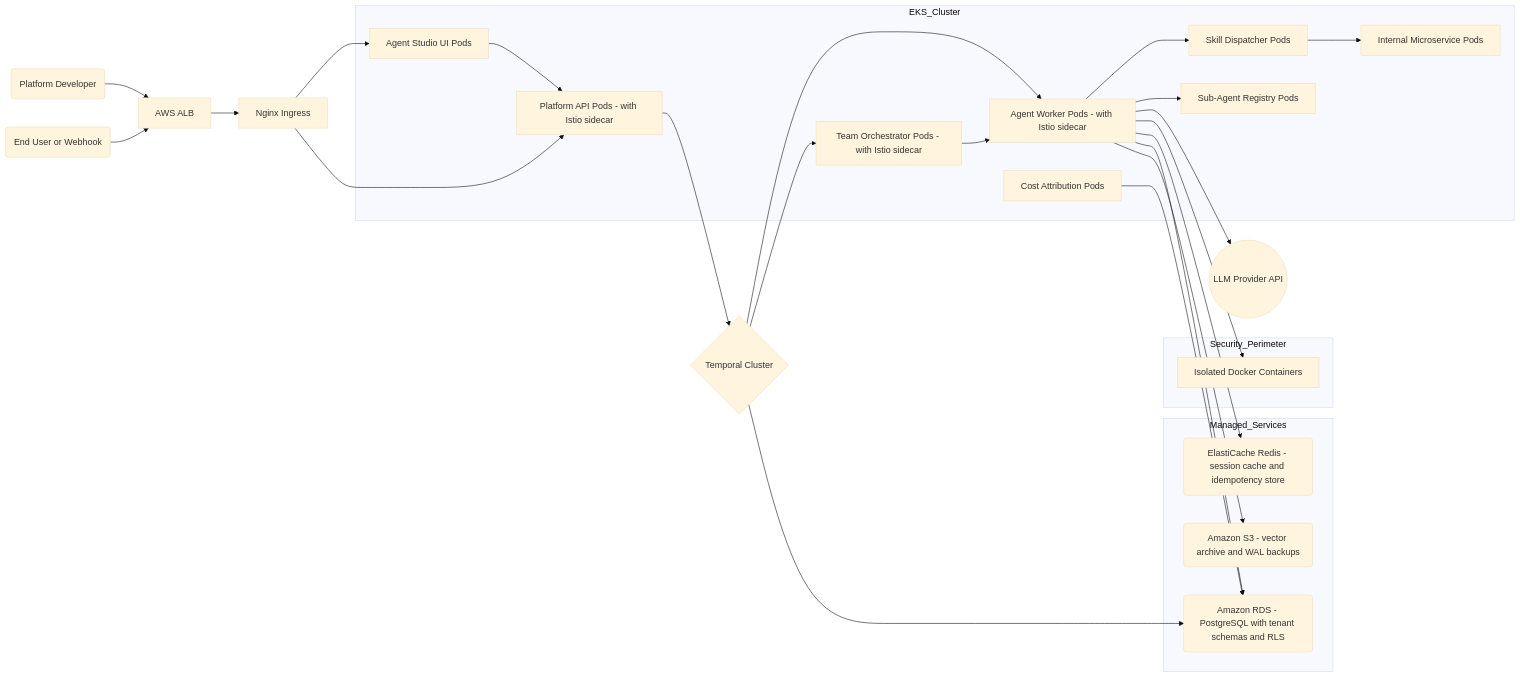
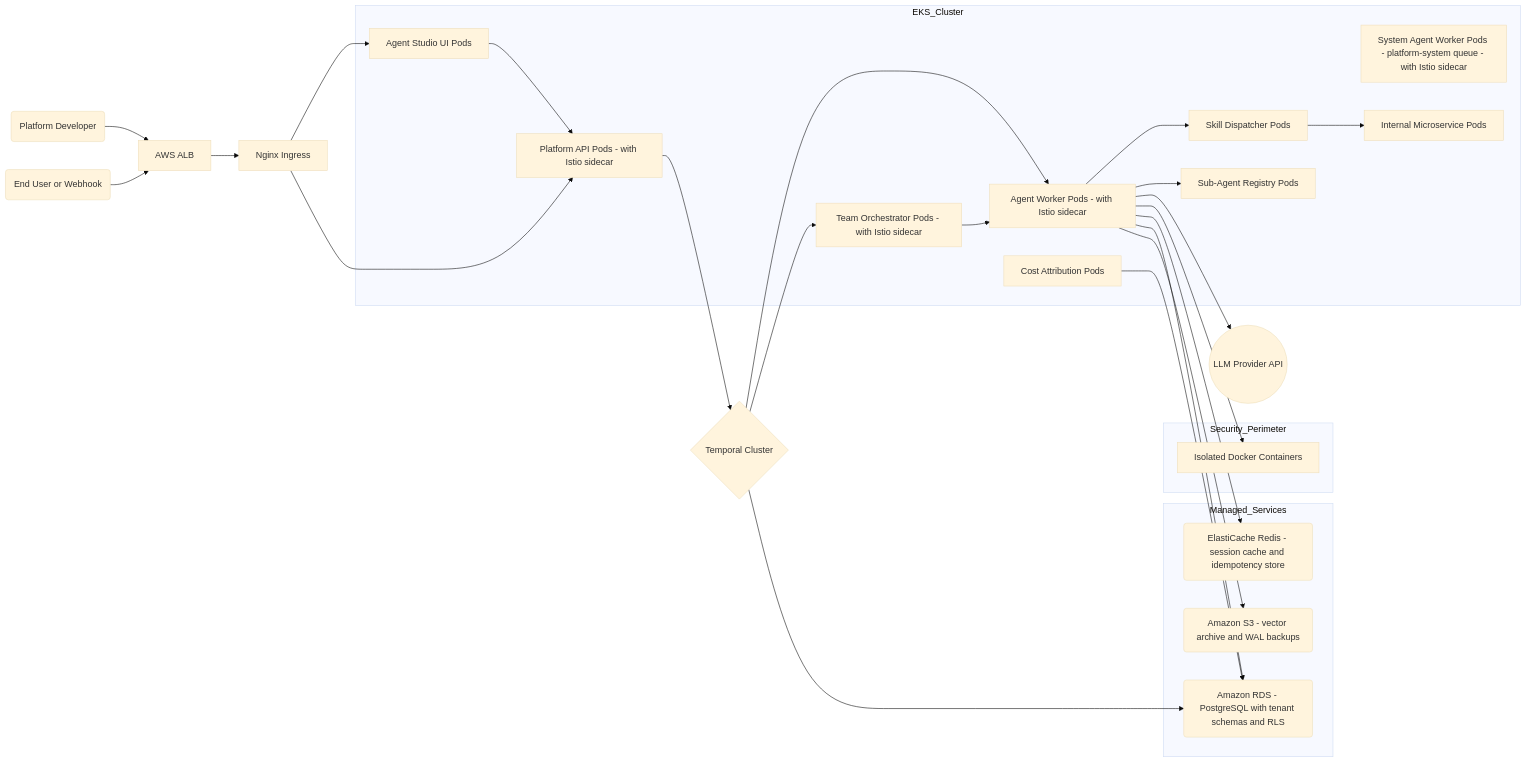
One commit to rayarun/a1-agent-engine changed the second of 6 diagrams in architecture.md. Above: the diagram before and after it, drawn with Mermaid (base theme). The commit also changed other lines of this file and 2 other files, not shown here.

First line of the commit message:
Docs: Document system agents and Manifest Assistant implementation

````diff
--- a/architecture.md
+++ b/architecture.md
@@ -101,45 +159,46 @@
 ```mermaid
 graph LR
     Developer(Platform Developer) --> ALB[AWS ALB]
     User(End User or Webhook) --> ALB
     ALB --> EKS_Ingress[Nginx Ingress]
 
     subgraph EKS_Cluster
         AdminUI_Pod[Agent Studio UI Pods]
         API_Pod[Platform API Pods - with Istio sidecar]
         Worker_Pod[Agent Worker Pods - with Istio sidecar]
+        SystemWorker_Pod[System Agent Worker Pods - platform-system queue - with Istio sidecar]
         TeamOrch_Pod[Team Orchestrator Pods - with Istio sidecar]
         SubAgentReg_Pod[Sub-Agent Registry Pods]
         SkillDisp_Pod[Skill Dispatcher Pods]
         CostAttr_Pod[Cost Attribution Pods]
         Tool_Pod[Internal Microservice Pods]
     end
 
     subgraph Security_Perimeter
         Sandbox[Isolated Docker Containers]
     end
 
     subgraph Managed_Services
         RDS(Amazon RDS - PostgreSQL with tenant schemas and RLS)
         ElastiCache(ElastiCache Redis - session cache and idempotency store)
         S3(Amazon S3 - vector archive and WAL backups)
     end
 
     EKS_Ingress --> AdminUI_Pod
     EKS_Ingress --> API_Pod
     AdminUI_Pod --> API_Pod
     API_Pod --> Temporal_Service{Temporal Cluster}
     Temporal_Service --> Worker_Pod
     Temporal_Service --> TeamOrch_Pod
     TeamOrch_Pod --> Worker_Pod
     Worker_Pod --> SkillDisp_Pod
     SkillDisp_Pod --> Tool_Pod
     Worker_Pod --> SubAgentReg_Pod
     Worker_Pod --> LLM((LLM Provider API))
     Worker_Pod --> Sandbox
     CostAttr_Pod --> RDS
     Temporal_Service --> RDS
     Worker_Pod --> ElastiCache
     Worker_Pod --> RDS
     Worker_Pod --> S3
 ```
````
